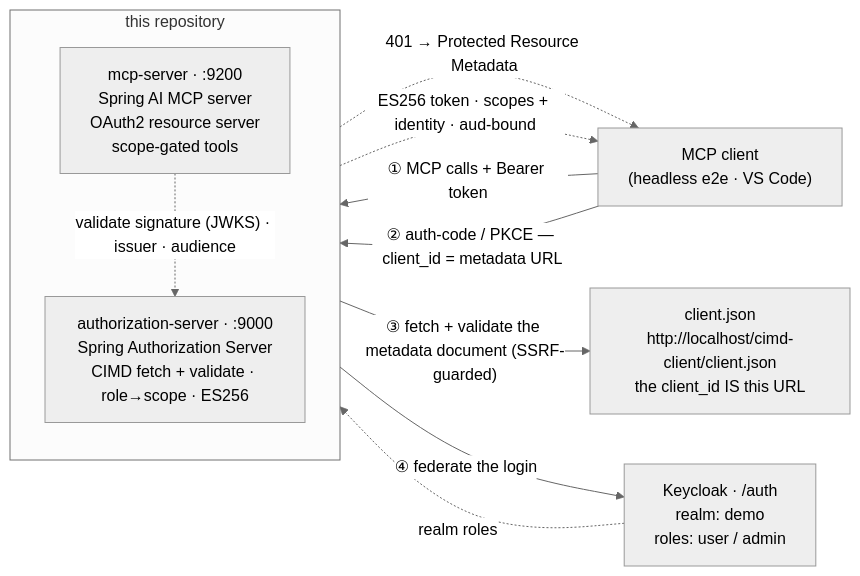
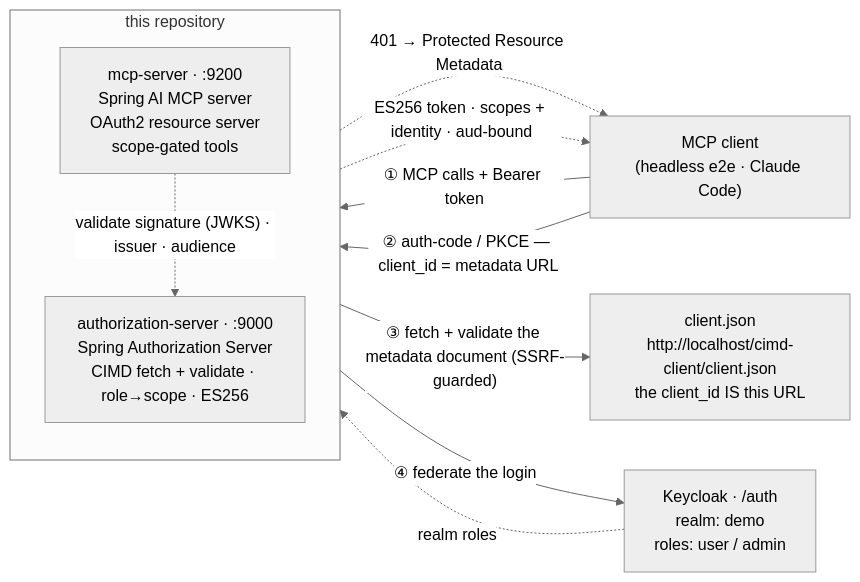
The first of 2 diagrams in README.md (lukas-grigis/spring-oauth2-mcp-cimd), drawn with Mermaid (neutral theme) before and after one commit. The commit also changed other lines of this file and 2 other files, not shown here.

First line of the commit message:
docs: Claude Code as the live CIMD client example; cite RFC 8252 §8.3 alongside §7.3; CIMD draft at -02; narrower register-probe output

````diff
--- a/README.md
+++ b/README.md
@@ -51,22 +51,22 @@
 ```mermaid
 flowchart LR
-    C["MCP client<br/>(headless e2e · VS Code)"]
+    C["MCP client<br/>(headless e2e · Claude Code)"]
 
     subgraph repo["this repository"]
         direction TB
         M["mcp-server · :9200<br/>Spring AI MCP server<br/>OAuth2 resource server<br/>scope-gated tools"]
         A["authorization-server · :9000<br/>Spring Authorization Server<br/>CIMD fetch + validate · role→scope · ES256"]
     end
 
     D["client.json<br/>http://localhost/cimd-client/client.json<br/>the client_id IS this URL"]
     K["Keycloak · /auth<br/>realm: demo<br/>roles: user / admin"]
 
     C -->|"① MCP calls + Bearer token"| M
     M -.->|"401 → Protected Resource Metadata"| C
     C -->|"② auth-code / PKCE — client_id = metadata URL"| A
     A -->|"③ fetch + validate the metadata document (SSRF-guarded)"| D
     A -->|"④ federate the login"| K
     K -.->|"realm roles"| A
     A -.->|"ES256 token · scopes + identity · aud-bound"| C
     M -.->|"validate signature (JWKS) · issuer · audience"| A
 ```
````
